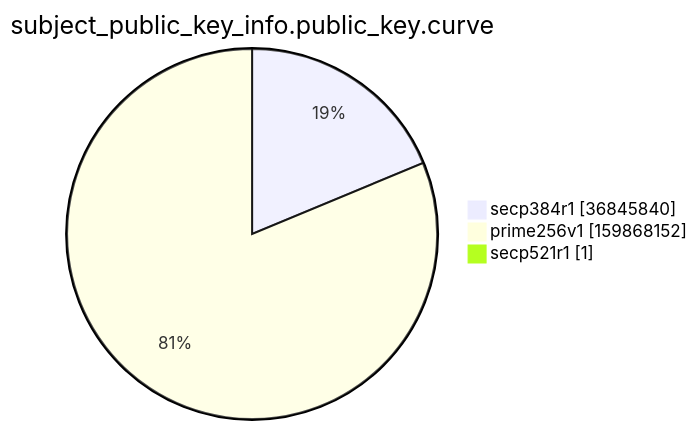
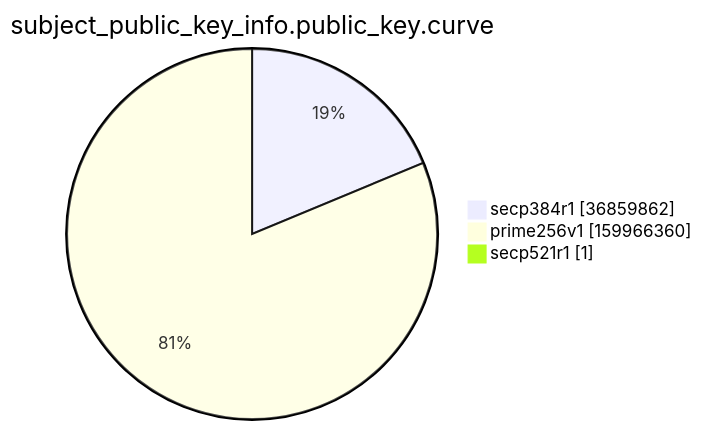
One commit to christiankrug/ctmonitor_visualization changed the ninth of 15 diagrams in argon2022/README.md. Above: the diagram before and after it, drawn with Mermaid. The commit also changed other lines of this file, not shown here.

````diff
--- a/argon2022/README.md
+++ b/argon2022/README.md
@@ -2766,7 +2766,7 @@
 ```mermaid
 pie showData
 title subject_public_key_info.public_key.curve
-"secp384r1" :36845840
-"prime256v1" :159868152
+"secp384r1" :36859862
+"prime256v1" :159966360
 "secp521r1" :1
 ```
````
